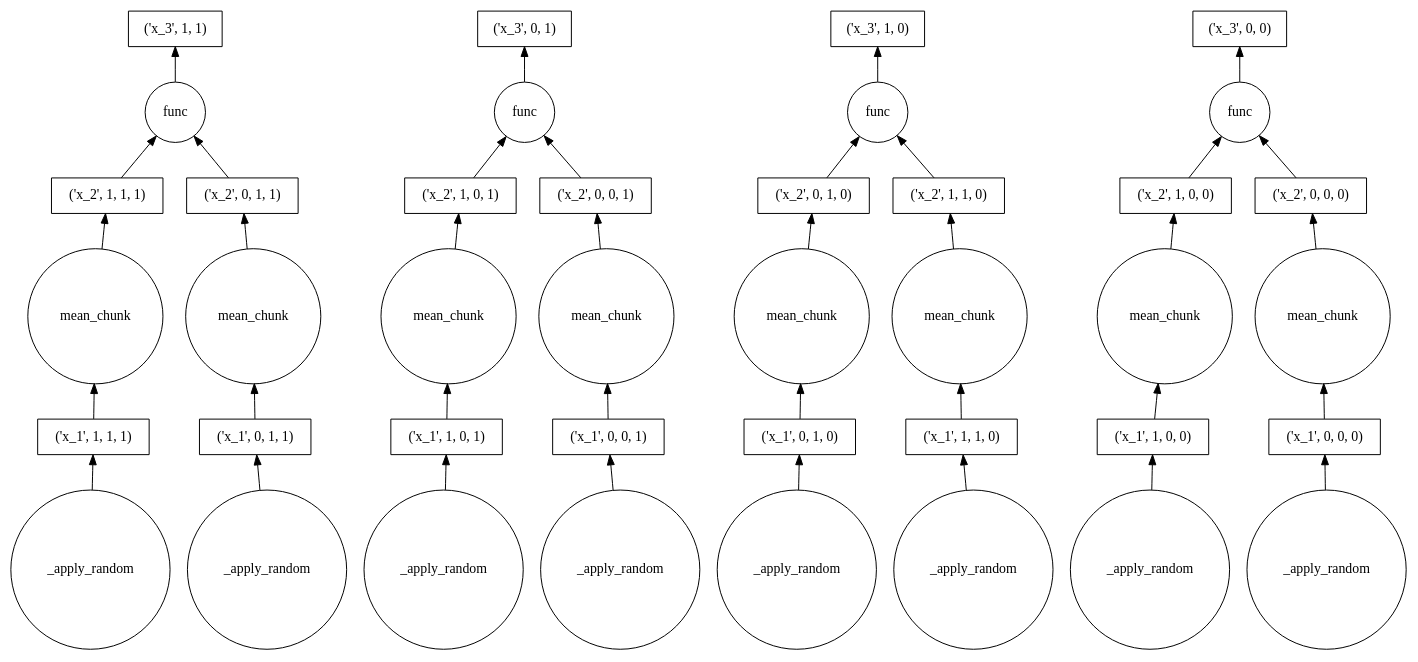
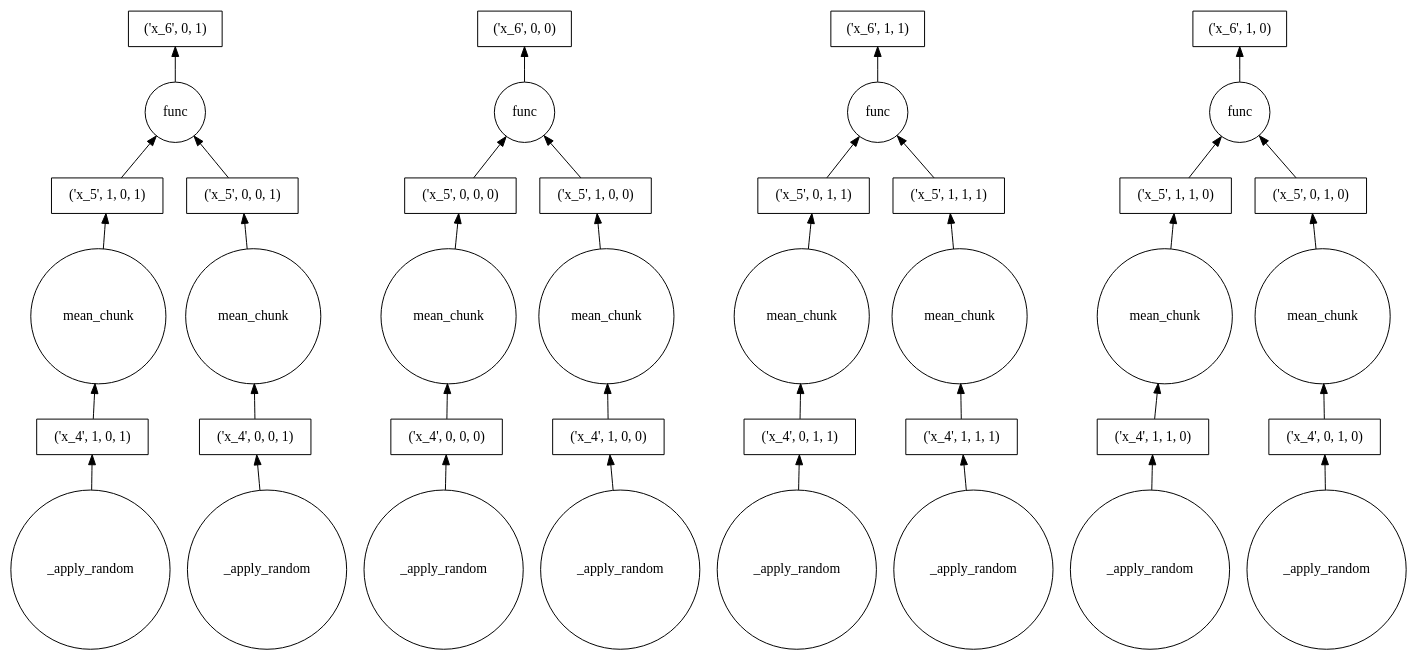
One commit to ricleal/PythonParallel changed the diagram in Dask/mydask.dot. Above: the diagram before and after it, drawn with Graphviz. The commit also changed 7 other files, not shown here.

```diff
--- a/Dask/mydask.dot
+++ b/Dask/mydask.dot
@@ -1,79 +1,79 @@
 strict digraph G {
 rankdir=BT;
-7934516455655416098 [shape=circle, label=func];
-"('x_1', 0, 0, 1)" [shape=box, label="('x_1', 0, 0, 1)"];
-"((<functools.partial object at 0x7fa464661368>, ('x_1', 0, 1, 1)), 'function')" [shape=circle, label=mean_chunk];
-1531251119555823113 [shape=circle, label=_apply_random];
-3976415799846286091 [shape=circle, label=_apply_random];
-"-7536883714300877565" [shape=circle, label=_apply_random];
-6814804176329969046 [shape=circle, label=func];
-"((<functools.partial object at 0x7fa464661368>, ('x_1', 0, 1, 0)), 'function')" [shape=circle, label=mean_chunk];
-"('x_2', 1, 1, 1)" [shape=box, label="('x_2', 1, 1, 1)"];
-"-7363717016453854302" [shape=circle, label=func];
-"('x_1', 1, 1, 1)" [shape=box, label="('x_1', 1, 1, 1)"];
-"('x_3', 1, 0)" [shape=box];
-"('x_3', 1, 1)" [shape=box];
-"('x_1', 0, 1, 1)" [shape=box, label="('x_1', 0, 1, 1)"];
-"-4936499465719210179" [shape=circle, label=_apply_random];
-"('x_2', 0, 0, 1)" [shape=box, label="('x_2', 0, 0, 1)"];
-"('x_2', 1, 0, 0)" [shape=box, label="('x_2', 1, 0, 0)"];
-"('x_2', 0, 1, 1)" [shape=box, label="('x_2', 0, 1, 1)"];
-"('x_2', 1, 1, 0)" [shape=box, label="('x_2', 1, 1, 0)"];
-"((<functools.partial object at 0x7fa464661368>, ('x_1', 1, 1, 1)), 'function')" [shape=circle, label=mean_chunk];
-"('x_3', 0, 0)" [shape=box];
-"-5502677225292934750" [shape=circle, label=func];
-"((<functools.partial object at 0x7fa464661368>, ('x_1', 1, 1, 0)), 'function')" [shape=circle, label=mean_chunk];
-"-2715639616080077486" [shape=circle, label=_apply_random];
-"('x_3', 0, 1)" [shape=box];
-"('x_1', 1, 0, 1)" [shape=box, label="('x_1', 1, 0, 1)"];
-"('x_1', 0, 0, 0)" [shape=box, label="('x_1', 0, 0, 0)"];
-"('x_1', 0, 1, 0)" [shape=box, label="('x_1', 0, 1, 0)"];
-"('x_2', 0, 1, 0)" [shape=box, label="('x_2', 0, 1, 0)"];
-"((<functools.partial object at 0x7fa464661368>, ('x_1', 0, 0, 1)), 'function')" [shape=circle, label=mean_chunk];
-"((<functools.partial object at 0x7fa464661368>, ('x_1', 1, 0, 1)), 'function')" [shape=circle, label=mean_chunk];
-"('x_2', 0, 0, 0)" [shape=box, label="('x_2', 0, 0, 0)"];
-"('x_2', 1, 0, 1)" [shape=box, label="('x_2', 1, 0, 1)"];
-3317199399566009452 [shape=circle, label=_apply_random];
-"((<functools.partial object at 0x7fa464661368>, ('x_1', 0, 0, 0)), 'function')" [shape=circle, label=mean_chunk];
-1849698889926981618 [shape=circle, label=_apply_random];
-7933122817957620723 [shape=circle, label=_apply_random];
-"((<functools.partial object at 0x7fa464661368>, ('x_1', 1, 0, 0)), 'function')" [shape=circle, label=mean_chunk];
-"('x_1', 1, 1, 0)" [shape=box, label="('x_1', 1, 1, 0)"];
-"('x_1', 1, 0, 0)" [shape=box, label="('x_1', 1, 0, 0)"];
-7934516455655416098 -> "('x_3', 1, 1)";
-"('x_1', 0, 0, 1)" -> "((<functools.partial object at 0x7fa464661368>, ('x_1', 0, 0, 1)), 'function')";
-"((<functools.partial object at 0x7fa464661368>, ('x_1', 0, 1, 1)), 'function')" -> "('x_2', 0, 1, 1)";
-1531251119555823113 -> "('x_1', 0, 1, 0)";
-3976415799846286091 -> "('x_1', 1, 1, 0)";
-"-7536883714300877565" -> "('x_1', 1, 1, 1)";
-6814804176329969046 -> "('x_3', 0, 1)";
-"((<functools.partial object at 0x7fa464661368>, ('x_1', 0, 1, 0)), 'function')" -> "('x_2', 0, 1, 0)";
-"('x_2', 1, 1, 1)" -> 7934516455655416098;
-"-7363717016453854302" -> "('x_3', 0, 0)";
-"('x_1', 1, 1, 1)" -> "((<functools.partial object at 0x7fa464661368>, ('x_1', 1, 1, 1)), 'function')";
-"('x_1', 0, 1, 1)" -> "((<functools.partial object at 0x7fa464661368>, ('x_1', 0, 1, 1)), 'function')";
-"-4936499465719210179" -> "('x_1', 0, 0, 0)";
-"('x_2', 0, 0, 1)" -> 6814804176329969046;
-"('x_2', 1, 0, 0)" -> "-7363717016453854302";
-"('x_2', 0, 1, 1)" -> 7934516455655416098;
-"('x_2', 1, 1, 0)" -> "-5502677225292934750";
-"((<functools.partial object at 0x7fa464661368>, ('x_1', 1, 1, 1)), 'function')" -> "('x_2', 1, 1, 1)";
-"-5502677225292934750" -> "('x_3', 1, 0)";
-"((<functools.partial object at 0x7fa464661368>, ('x_1', 1, 1, 0)), 'function')" -> "('x_2', 1, 1, 0)";
-"-2715639616080077486" -> "('x_1', 1, 0, 1)";
-"('x_1', 1, 0, 1)" -> "((<functools.partial object at 0x7fa464661368>, ('x_1', 1, 0, 1)), 'function')";
-"('x_1', 0, 0, 0)" -> "((<functools.partial object at 0x7fa464661368>, ('x_1', 0, 0, 0)), 'function')";
-"('x_1', 0, 1, 0)" -> "((<functools.partial object at 0x7fa464661368>, ('x_1', 0, 1, 0)), 'function')";
-"('x_2', 0, 1, 0)" -> "-5502677225292934750";
-"((<functools.partial object at 0x7fa464661368>, ('x_1', 0, 0, 1)), 'function')" -> "('x_2', 0, 0, 1)";
-"((<functools.partial object at 0x7fa464661368>, ('x_1', 1, 0, 1)), 'function')" -> "('x_2', 1, 0, 1)";
-"('x_2', 0, 0, 0)" -> "-7363717016453854302";
-"('x_2', 1, 0, 1)" -> 6814804176329969046;
-3317199399566009452 -> "('x_1', 0, 1, 1)";
-"((<functools.partial object at 0x7fa464661368>, ('x_1', 0, 0, 0)), 'function')" -> "('x_2', 0, 0, 0)";
-1849698889926981618 -> "('x_1', 1, 0, 0)";
-7933122817957620723 -> "('x_1', 0, 0, 1)";
-"((<functools.partial object at 0x7fa464661368>, ('x_1', 1, 0, 0)), 'function')" -> "('x_2', 1, 0, 0)";
-"('x_1', 1, 1, 0)" -> "((<functools.partial object at 0x7fa464661368>, ('x_1', 1, 1, 0)), 'function')";
-"('x_1', 1, 0, 0)" -> "((<functools.partial object at 0x7fa464661368>, ('x_1', 1, 0, 0)), 'function')";
+2662398698733271232 [shape=circle, label=_apply_random];
+"((<functools.partial object at 0x7f96b04eddb8>, ('x_4', 1, 0, 0)), 'function')" [shape=circle, label=mean_chunk];
+"-7039488600402188906" [shape=circle, label=_apply_random];
+2450599110784199178 [shape=circle, label=func];
+"('x_5', 1, 0, 1)" [shape=box, label="('x_5', 1, 0, 1)"];
+"('x_5', 0, 0, 0)" [shape=box, label="('x_5', 0, 0, 0)"];
+"((<functools.partial object at 0x7f96b04eddb8>, ('x_4', 0, 0, 1)), 'function')" [shape=circle, label=mean_chunk];
+"('x_5', 0, 1, 0)" [shape=box, label="('x_5', 0, 1, 0)"];
+"('x_4', 0, 0, 1)" [shape=box, label="('x_4', 0, 0, 1)"];
+"('x_4', 1, 0, 0)" [shape=box, label="('x_4', 1, 0, 0)"];
+"('x_4', 1, 1, 0)" [shape=box, label="('x_4', 1, 1, 0)"];
+2891389784501256493 [shape=circle, label=_apply_random];
+"('x_5', 1, 1, 0)" [shape=box, label="('x_5', 1, 1, 0)"];
+"((<functools.partial object at 0x7f96b04eddb8>, ('x_4', 1, 1, 1)), 'function')" [shape=circle, label=mean_chunk];
+"('x_5', 1, 0, 0)" [shape=box, label="('x_5', 1, 0, 0)"];
+"('x_6', 0, 1)" [shape=box];
+"-5857104554297646838" [shape=circle, label=func];
+"-2941610567894817858" [shape=circle, label=_apply_random];
+"('x_5', 0, 0, 1)" [shape=box, label="('x_5', 0, 0, 1)"];
+"('x_4', 0, 1, 0)" [shape=box, label="('x_4', 0, 1, 0)"];
+"('x_6', 0, 0)" [shape=box];
+"('x_4', 0, 0, 0)" [shape=box, label="('x_4', 0, 0, 0)"];
+"-8119585956050111034" [shape=circle, label=_apply_random];
+"('x_4', 1, 0, 1)" [shape=box, label="('x_4', 1, 0, 1)"];
+"((<functools.partial object at 0x7f96b04eddb8>, ('x_4', 0, 1, 0)), 'function')" [shape=circle, label=mean_chunk];
+"((<functools.partial object at 0x7f96b04eddb8>, ('x_4', 0, 0, 0)), 'function')" [shape=circle, label=mean_chunk];
+"-1108549196329987499" [shape=circle, label=_apply_random];
+114652298995978070 [shape=circle, label=_apply_random];
+"('x_5', 1, 1, 1)" [shape=box, label="('x_5', 1, 1, 1)"];
+"((<functools.partial object at 0x7f96b04eddb8>, ('x_4', 1, 0, 1)), 'function')" [shape=circle, label=mean_chunk];
+"-3808294306111894429" [shape=circle, label=_apply_random];
+"('x_4', 0, 1, 1)" [shape=box, label="('x_4', 0, 1, 1)"];
+"('x_6', 1, 0)" [shape=box];
+"('x_6', 1, 1)" [shape=box];
+"('x_5', 0, 1, 1)" [shape=box, label="('x_5', 0, 1, 1)"];
+"((<functools.partial object at 0x7f96b04eddb8>, ('x_4', 1, 1, 0)), 'function')" [shape=circle, label=mean_chunk];
+3430426964835877758 [shape=circle, label=func];
+"('x_4', 1, 1, 1)" [shape=box, label="('x_4', 1, 1, 1)"];
+"-5635193297635015574" [shape=circle, label=func];
+"((<functools.partial object at 0x7f96b04eddb8>, ('x_4', 0, 1, 1)), 'function')" [shape=circle, label=mean_chunk];
+2662398698733271232 -> "('x_4', 1, 0, 1)";
+"((<functools.partial object at 0x7f96b04eddb8>, ('x_4', 1, 0, 0)), 'function')" -> "('x_5', 1, 0, 0)";
+"-7039488600402188906" -> "('x_4', 0, 1, 1)";
+2450599110784199178 -> "('x_6', 0, 0)";
+"('x_5', 1, 0, 1)" -> 3430426964835877758;
+"('x_5', 0, 0, 0)" -> 2450599110784199178;
+"((<functools.partial object at 0x7f96b04eddb8>, ('x_4', 0, 0, 1)), 'function')" -> "('x_5', 0, 0, 1)";
+"('x_5', 0, 1, 0)" -> "-5635193297635015574";
+"('x_4', 0, 0, 1)" -> "((<functools.partial object at 0x7f96b04eddb8>, ('x_4', 0, 0, 1)), 'function')";
+"('x_4', 1, 0, 0)" -> "((<functools.partial object at 0x7f96b04eddb8>, ('x_4', 1, 0, 0)), 'function')";
+"('x_4', 1, 1, 0)" -> "((<functools.partial object at 0x7f96b04eddb8>, ('x_4', 1, 1, 0)), 'function')";
+2891389784501256493 -> "('x_4', 1, 1, 1)";
+"('x_5', 1, 1, 0)" -> "-5635193297635015574";
+"((<functools.partial object at 0x7f96b04eddb8>, ('x_4', 1, 1, 1)), 'function')" -> "('x_5', 1, 1, 1)";
+"('x_5', 1, 0, 0)" -> 2450599110784199178;
+"-5857104554297646838" -> "('x_6', 1, 1)";
+"-2941610567894817858" -> "('x_4', 1, 1, 0)";
+"('x_5', 0, 0, 1)" -> 3430426964835877758;
+"('x_4', 0, 1, 0)" -> "((<functools.partial object at 0x7f96b04eddb8>, ('x_4', 0, 1, 0)), 'function')";
+"('x_4', 0, 0, 0)" -> "((<functools.partial object at 0x7f96b04eddb8>, ('x_4', 0, 0, 0)), 'function')";
+"-8119585956050111034" -> "('x_4', 0, 1, 0)";
+"('x_4', 1, 0, 1)" -> "((<functools.partial object at 0x7f96b04eddb8>, ('x_4', 1, 0, 1)), 'function')";
+"((<functools.partial object at 0x7f96b04eddb8>, ('x_4', 0, 1, 0)), 'function')" -> "('x_5', 0, 1, 0)";
+"((<functools.partial object at 0x7f96b04eddb8>, ('x_4', 0, 0, 0)), 'function')" -> "('x_5', 0, 0, 0)";
+"-1108549196329987499" -> "('x_4', 1, 0, 0)";
+114652298995978070 -> "('x_4', 0, 0, 1)";
+"('x_5', 1, 1, 1)" -> "-5857104554297646838";
+"((<functools.partial object at 0x7f96b04eddb8>, ('x_4', 1, 0, 1)), 'function')" -> "('x_5', 1, 0, 1)";
+"-3808294306111894429" -> "('x_4', 0, 0, 0)";
+"('x_4', 0, 1, 1)" -> "((<functools.partial object at 0x7f96b04eddb8>, ('x_4', 0, 1, 1)), 'function')";
+"('x_5', 0, 1, 1)" -> "-5857104554297646838";
+"((<functools.partial object at 0x7f96b04eddb8>, ('x_4', 1, 1, 0)), 'function')" -> "('x_5', 1, 1, 0)";
+3430426964835877758 -> "('x_6', 0, 1)";
+"('x_4', 1, 1, 1)" -> "((<functools.partial object at 0x7f96b04eddb8>, ('x_4', 1, 1, 1)), 'function')";
+"-5635193297635015574" -> "('x_6', 1, 0)";
+"((<functools.partial object at 0x7f96b04eddb8>, ('x_4', 0, 1, 1)), 'function')" -> "('x_5', 0, 1, 1)";
 }
```
